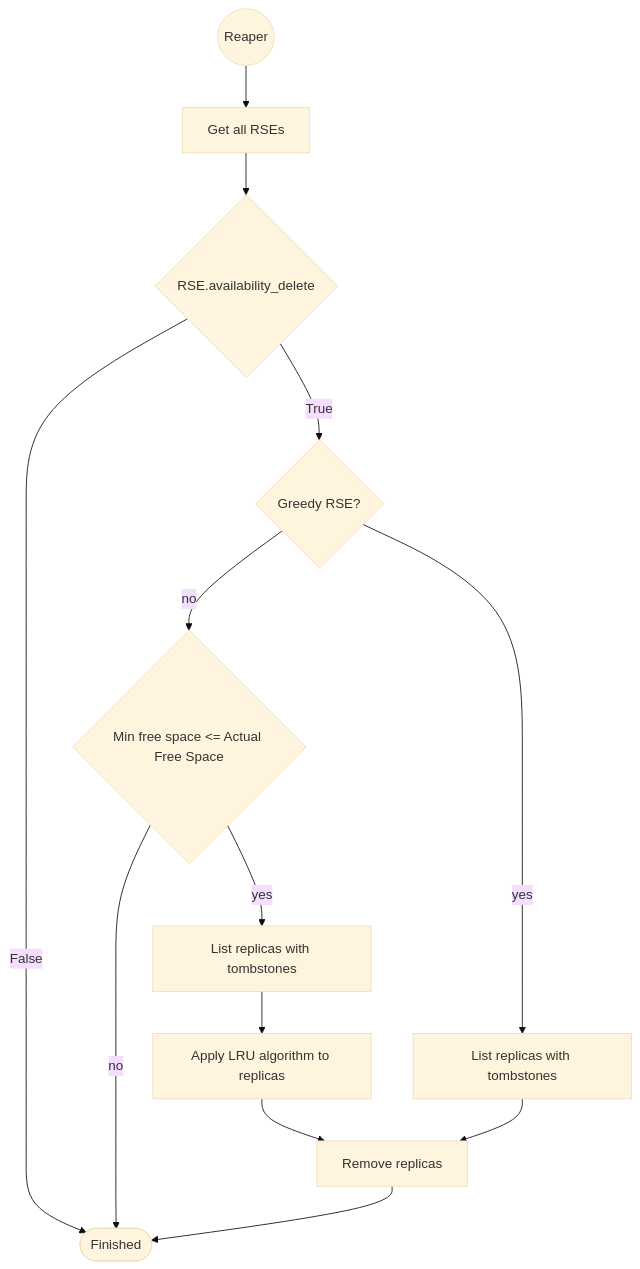
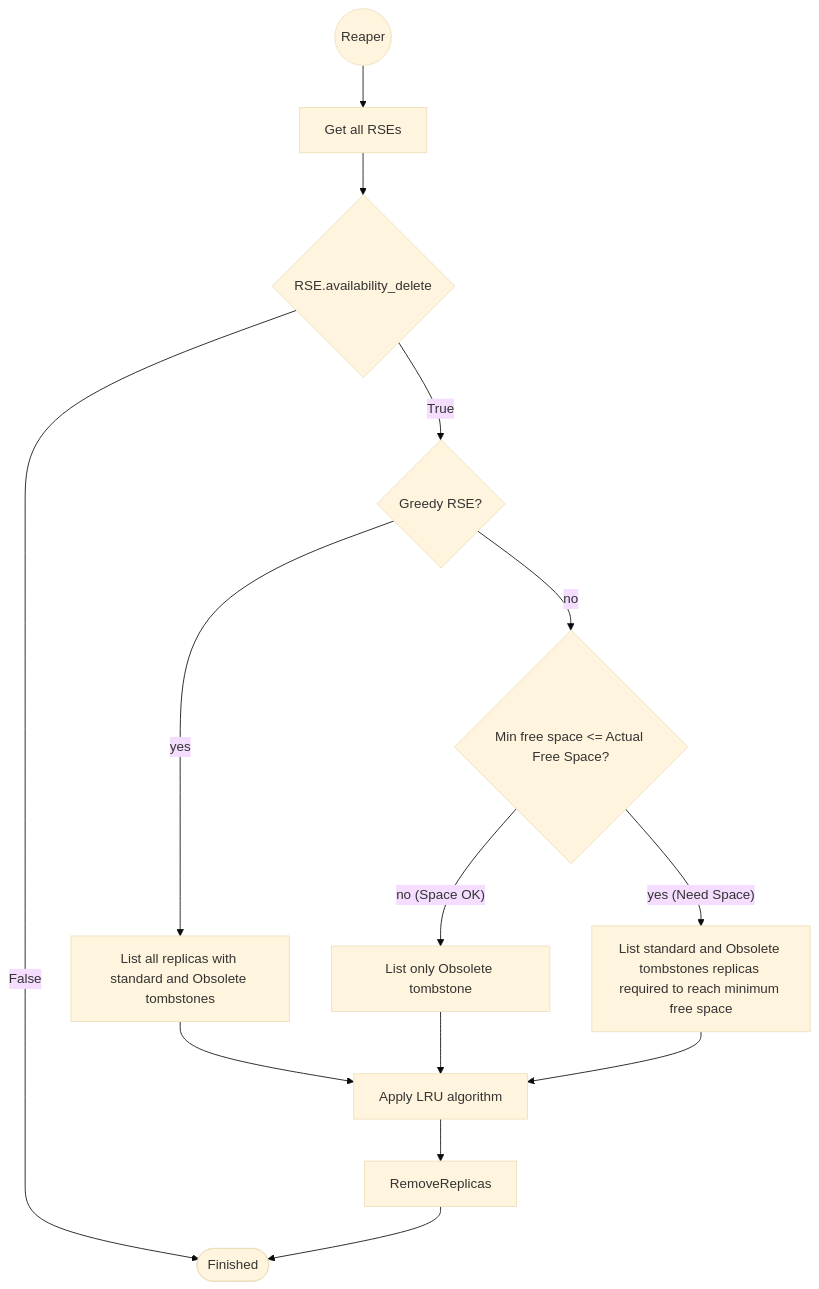
One commit to rucio/documentation changed the third of 3 diagrams in docs/started/concepts/deletion_overview.md. Above: the diagram before and after it, drawn with Mermaid (base theme). The commit also changed other lines of this file, not shown here.

````diff
--- a/docs/started/concepts/deletion_overview.md
+++ b/docs/started/concepts/deletion_overview.md
@@ -61,19 +109,22 @@
 ```mermaid
-    graph TD
-
+graph TD
     R((Reaper)) --> RSEs[Get all RSEs]
     RSEs --> D1{RSE.availability_delete}
-    D1--"False"--> f([Finished])
-    D1--"True"--> Greedy_RSE{Greedy RSE?}
-
-    %% Non-greedy RSE Logic
-    Greedy_RSE--"no"--> MinFreeSpace{Min free space <= Actual Free Space}
-    MinFreeSpace--"no"--> f
-    MinFreeSpace--"yes"--> i[List replicas with tombstones] --> id4[Apply LRU algorithm to replicas]
-    id4 --> RemoveReplicas[Remove replicas]
+    D1 -- "False" --> f([Finished])
+    D1 -- "True" --> Greedy_RSE{Greedy RSE?}
 
     %% Greedy RSE Logic
-    Greedy_RSE--"yes" --> j[List replicas with tombstones] --> RemoveReplicas --> f
+    Greedy_RSE -- "yes" --> j[List all replicas with standard and Obsolete tombstones]
+    j--> id4[Apply LRU algorithm]
+    %% Non-greedy RSE Logic (Updated for Obsolete Replicas)
+    Greedy_RSE -- "no" --> MinFreeSpace{Min free space <= Actual Free Space?}
 
+    MinFreeSpace -- "no (Space OK)" --> i_obs[List only Obsolete tombstone]
+    MinFreeSpace -- "yes (Need Space)" --> i_all[List standard and Obsolete tombstones replicas required to reach minimum free space]
 
+    i_obs --> id4
+    i_all --> id4
+
+    id4 --> RemoveReplicas
+    RemoveReplicas --> f
 ```
````
